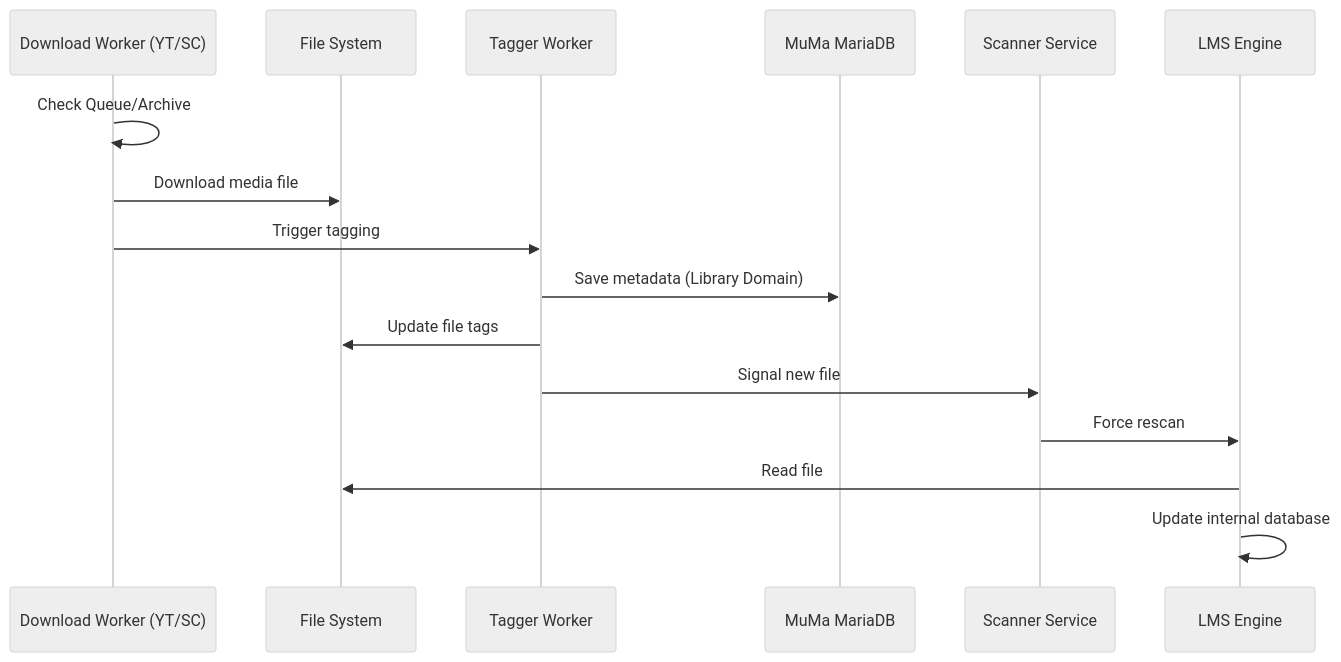
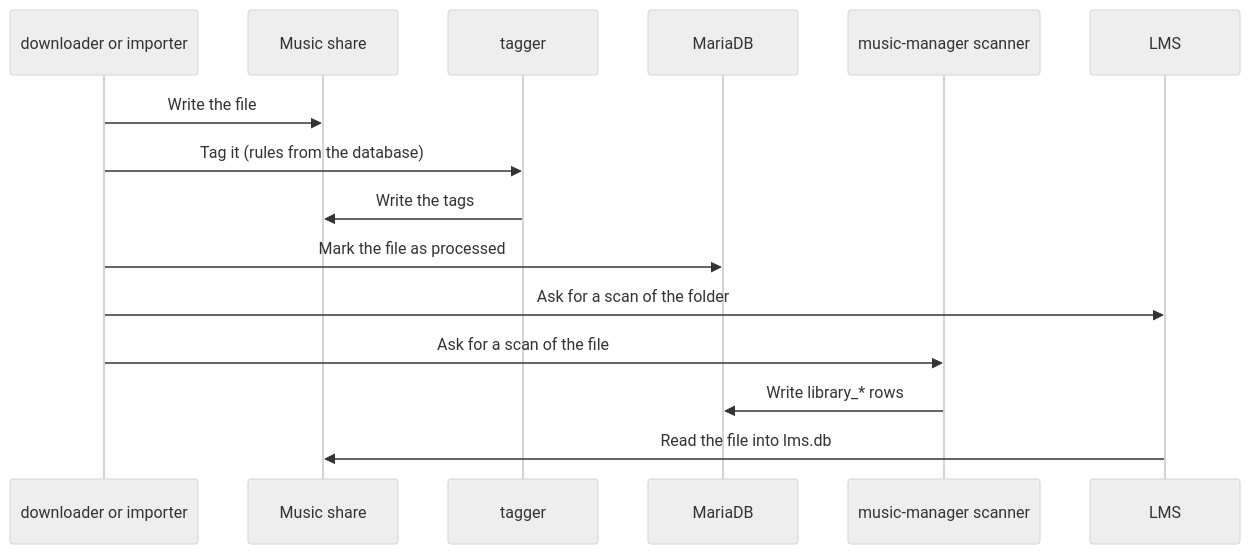
Before and after one commit to tsshadow/music-management: the diagram in docs/architecture.md, drawn with Mermaid (neutral theme). The commit also changed other lines of this file and 7 other files, not shown here.

First line of the commit message:
docs: one architecture document (GL-189 step 7c-3)

````diff
--- a/docs/architecture.md
+++ b/docs/architecture.md
@@ -160,19 +60,18 @@
 ```mermaid
 sequenceDiagram
-    participant W as Download Worker (YT/SC)
-    participant FS as File System
-    participant TW as Tagger Worker
-    participant MDB as MuMa MariaDB
-    participant SS as Scanner Service
-    participant LMS as LMS Engine
+    participant W as downloader or importer
+    participant FS as Music share
+    participant T as tagger
+    participant DB as MariaDB
+    participant MM as music-manager scanner
+    participant LMS as LMS
 
-    W->>W: Check Queue/Archive
-    W->>FS: Download media file
-    W->>TW: Trigger tagging
-    TW->>MDB: Save metadata (Library Domain)
-    TW->>FS: Update file tags
-    TW->>SS: Signal new file
-    SS->>LMS: Force rescan
-    LMS->>FS: Read file
-    LMS->>LMS: Update internal database
+    W->>FS: Write the file
+    W->>T: Tag it (rules from the database)
+    T->>FS: Write the tags
+    W->>DB: Mark the file as processed
+    W->>LMS: Ask for a scan of the folder
+    W->>MM: Ask for a scan of the file
+    MM->>DB: Write library_* rows
+    LMS->>FS: Read the file into lms.db
 ```
````
